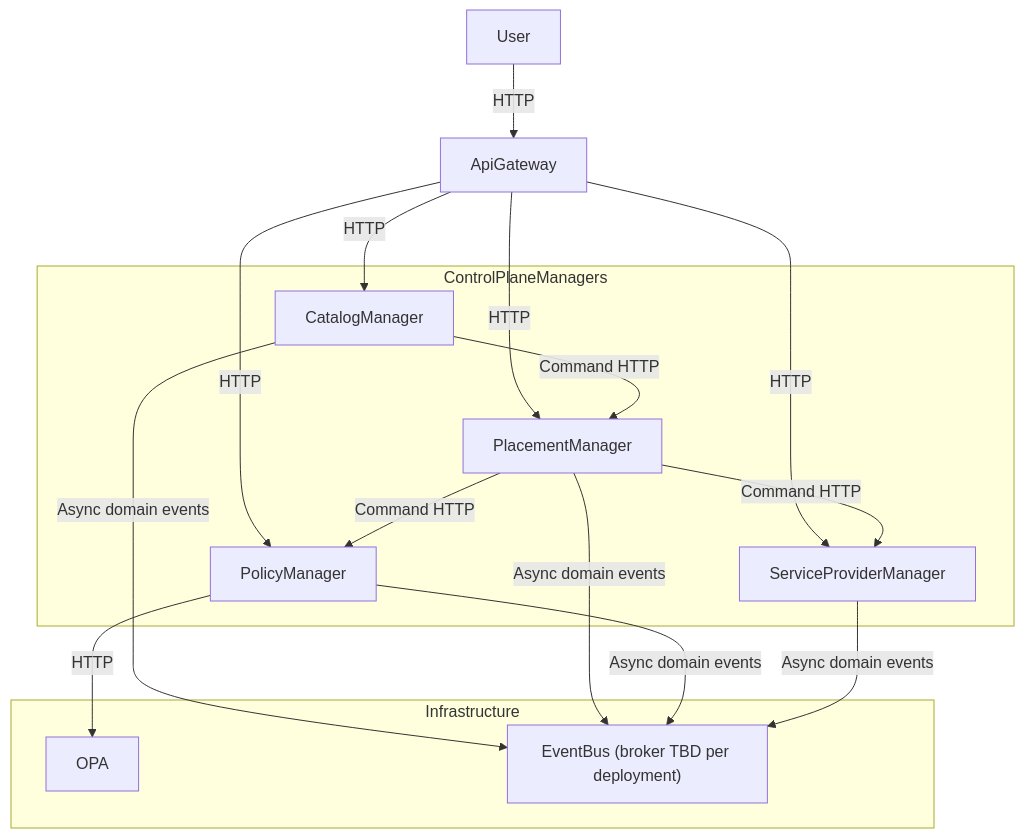
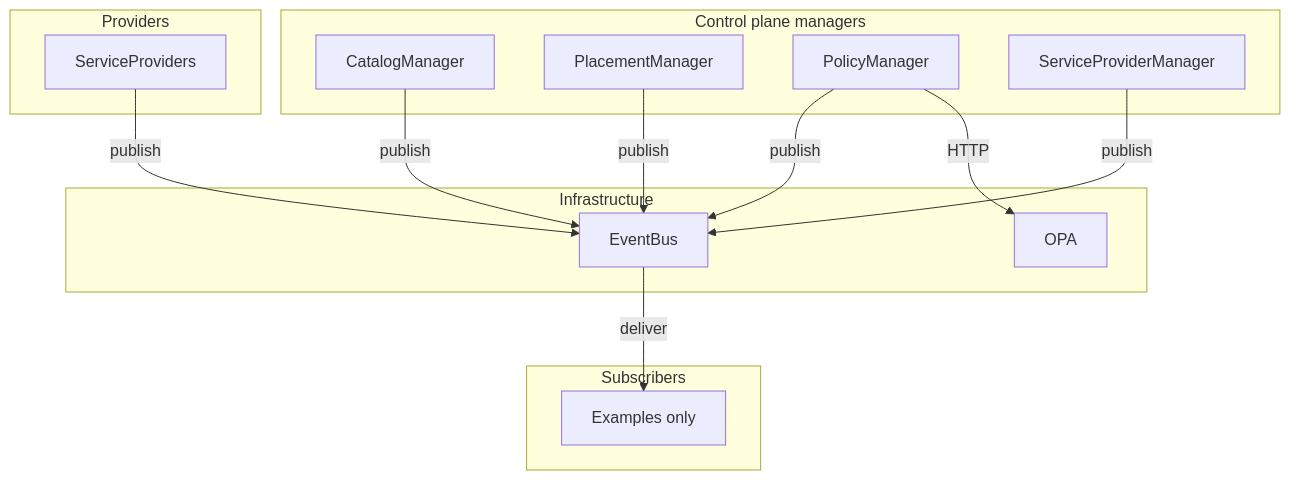
The second of 6 diagrams in enhancements/control-plane-message-bus/control-plane-message-bus.md (dcm-project/enhancements), drawn with Mermaid before and after one commit. The commit also changed other lines of this file, not shown here.

Commit message:
simplify hybrid bus diagram

````diff
--- a/enhancements/control-plane-message-bus/control-plane-message-bus.md
+++ b/enhancements/control-plane-message-bus/control-plane-message-bus.md
@@ -215,29 +222,33 @@
 ```mermaid
 flowchart TB
-  User -->|"HTTP"| ApiGateway
-
-  subgraph controlPlane [ControlPlaneManagers]
+  subgraph controlPlane [Control plane managers]
     CatalogManager["CatalogManager"]
     PlacementManager["PlacementManager"]
     PolicyManager["PolicyManager"]
     ServiceProviderManager["ServiceProviderManager"]
   end
 
   subgraph infrastructure [Infrastructure]
     OPA["OPA"]
-    EventBus["EventBus (broker TBD per deployment)"]
+    EventBus["EventBus"]
   end
 
-  ApiGateway -->|"HTTP"| CatalogManager
-  ApiGateway -->|"HTTP"| PlacementManager
-  ApiGateway -->|"HTTP"| PolicyManager
-  ApiGateway -->|"HTTP"| ServiceProviderManager
-  CatalogManager -->|"Command HTTP"| PlacementManager
-  PlacementManager -->|"Command HTTP"| PolicyManager
-  PlacementManager -->|"Command HTTP"| ServiceProviderManager
+  subgraph providers [Providers]
+    ServiceProviders
+  end
+
+  subgraph subscribers [Subscribers]
+    Subscribers["Examples only"]
+  end
+
   PolicyManager -->|"HTTP"| OPA
-  CatalogManager -->|"Async domain events"| EventBus
-  PlacementManager -->|"Async domain events"| EventBus
-  PolicyManager -->|"Async domain events"| EventBus
-  ServiceProviderManager -->|"Async domain events"| EventBus
+
+  CatalogManager -->|"publish"| EventBus
+  PlacementManager -->|"publish"| EventBus
+  PolicyManager -->|"publish"| EventBus
+  ServiceProviderManager -->|"publish"| EventBus
+
+  ServiceProviders -->|"publish"| EventBus
+
+  EventBus -->|"deliver"| Subscribers
 ```
````
